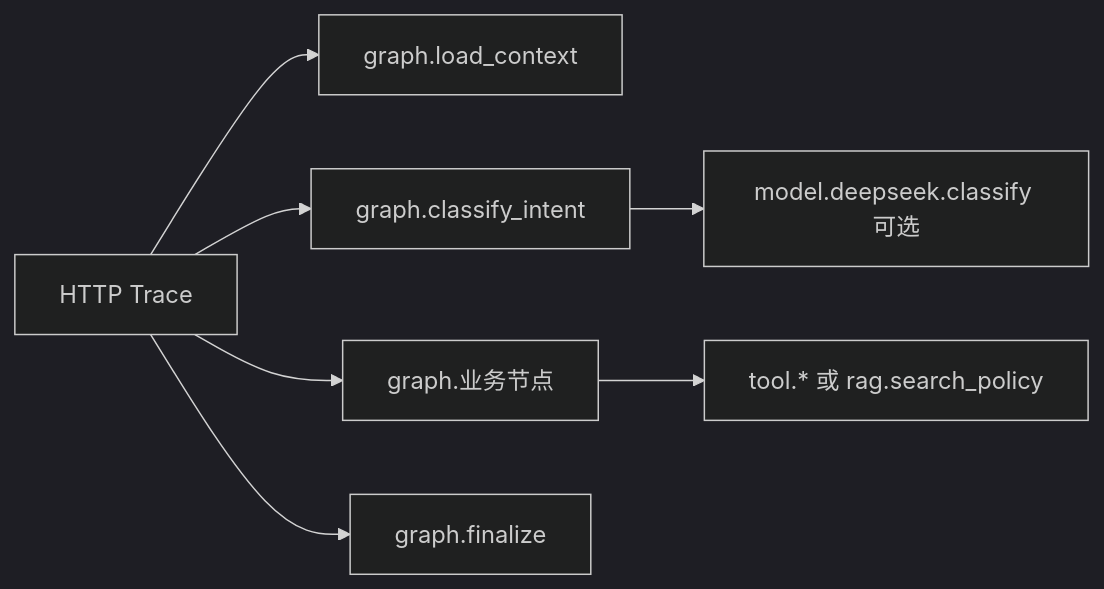
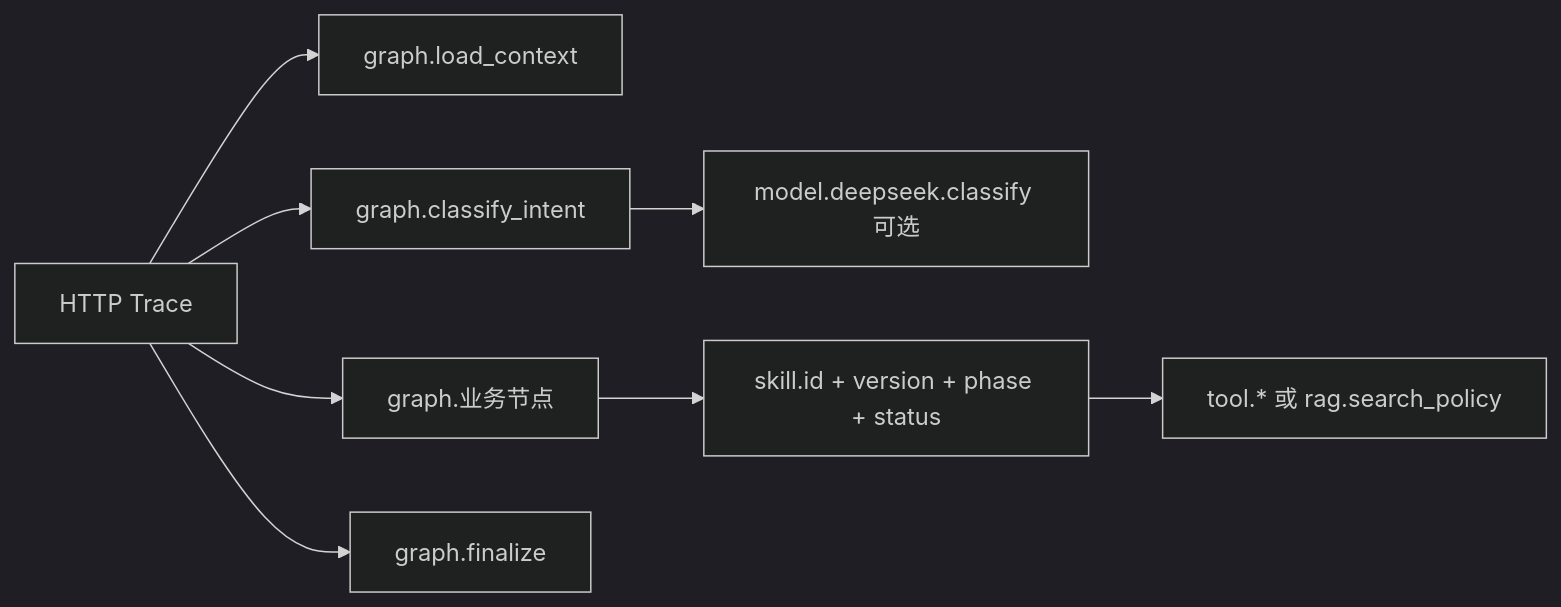
The sixth of 6 diagrams in docs/solution-design.md (jonji886/ai-support-delivery), drawn with Mermaid (dark theme) before and after one commit. The commit also changed other lines of this file and 31 other files, not shown here.

````diff
--- a/docs/solution-design.md
+++ b/docs/solution-design.md
@@ -100,9 +140,10 @@
 ```mermaid
 flowchart LR
     T[HTTP Trace] --> G1[graph.load_context]
     T --> G2[graph.classify_intent]
     G2 --> M[model.deepseek.classify 可选]
     T --> G3[graph.业务节点]
-    G3 --> X[tool.* 或 rag.search_policy]
+    G3 --> S[skill.id + version + phase + status]
+    S --> X[tool.* 或 rag.search_policy]
     T --> G4[graph.finalize]
 ```
````
